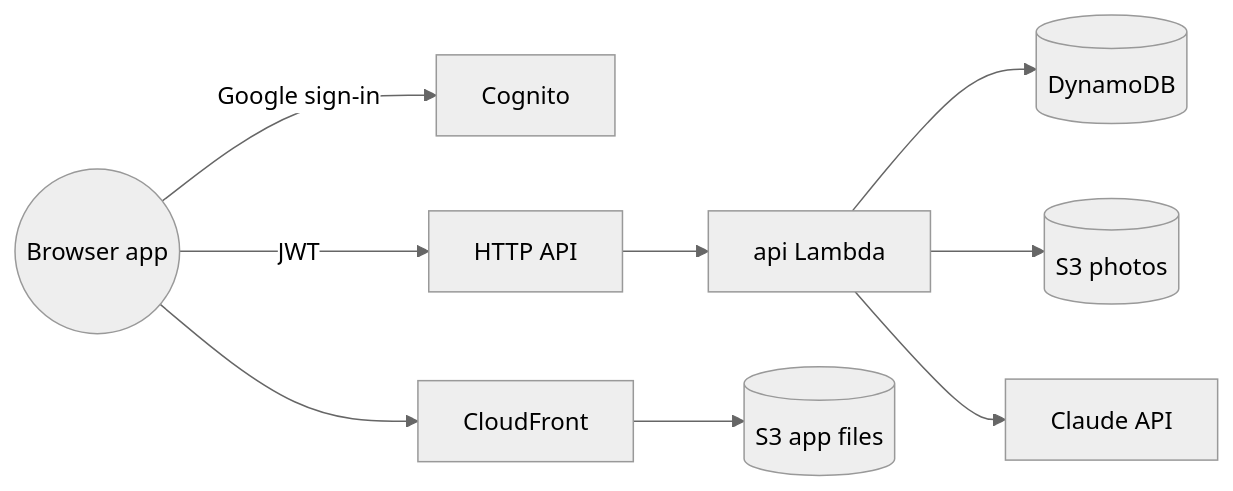
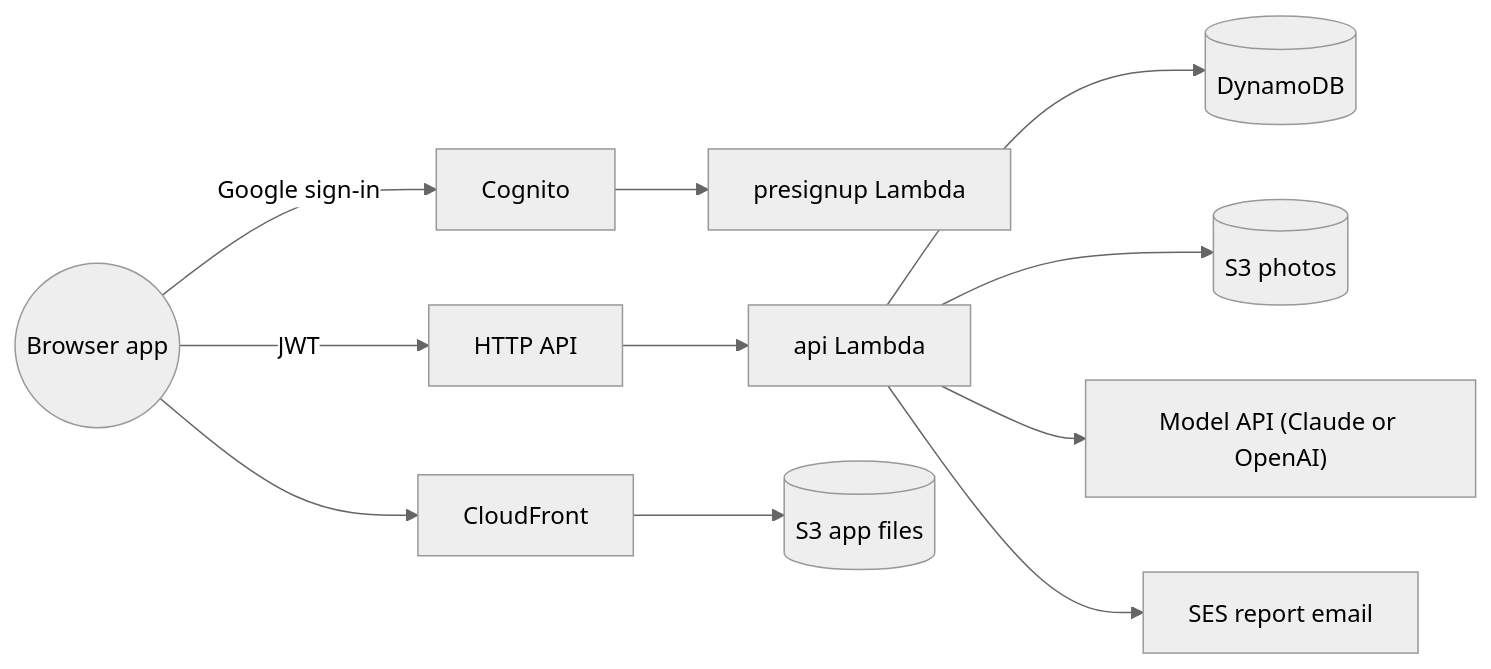
The diagram in README.md (erancha/meters-tracker), drawn with Mermaid (neutral theme) before and after one commit. The commit also changed other lines of this file and 8 other files, not shown here.

````diff
--- a/README.md
+++ b/README.md
@@ -73,11 +72,13 @@
 ```mermaid
 graph LR
     C((Browser app)) -->|Google sign-in| COG[Cognito]
+    COG --> PRE[presignup Lambda]
     C -->|JWT| API[HTTP API]
     API --> L[api Lambda]
     L --> DB[(DynamoDB)]
     L --> S3[(S3 photos)]
-    L --> CL[Claude API]
+    L --> M["Model API (Claude or OpenAI)"]
+    L --> SES[SES report email]
     CF[CloudFront] --> FB[(S3 app files)]
     C --> CF
 ```
````
